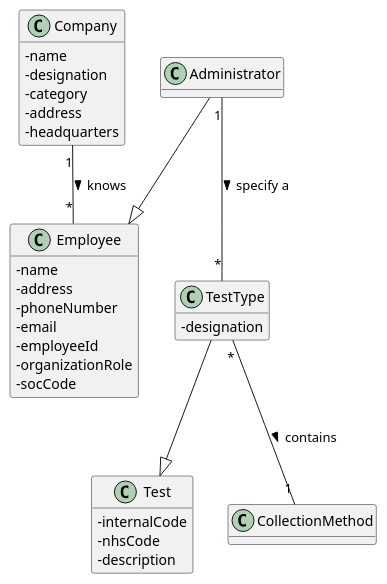
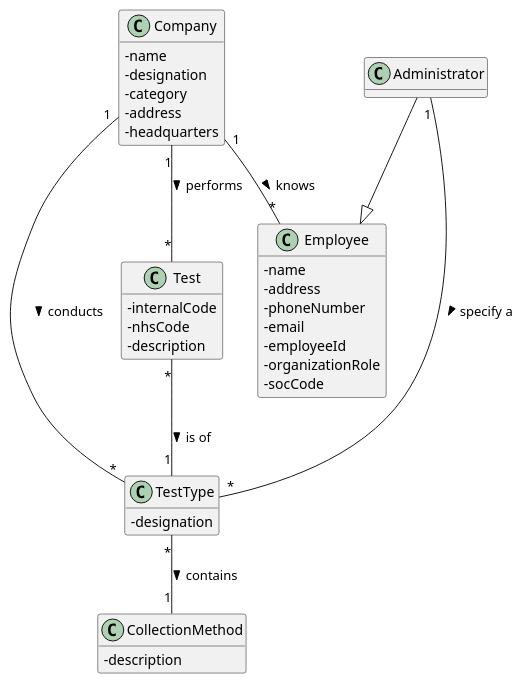
One commit to manu-07-ela/LAPR2_ISEP changed the diagram in docs/SprintB/US09/US09_DM.puml. Above: the diagram before and after it, drawn with PlantUML. The commit also changed 3 other files, not shown here.

```diff
--- a/docs/SprintB/US09/US09_DM.puml
+++ b/docs/SprintB/US09/US09_DM.puml
@@ -1,48 +1,51 @@
 @startuml
 hide methods
 'left to right direction
 skinparam classAttributeIconSize 0
 
 class Company{
 -name
 -designation
 -category
 -address
 -headquarters
 }
 
 class Employee{
 -name
 -address
 -phoneNumber
 -email
 -employeeId
 -organizationRole
 -socCode
 }
 
 class Administrator{
 }
 
 class Test{
 -internalCode
 -nhsCode
 -description
 }
 
 class TestType{
 -designation
 }
 
 class CollectionMethod{
+-description
 }
 
 
 Company "1"--"*" Employee : knows >
+Company "1"--"*" TestType : conducts >
+Company "1"--"*" Test: performs >
 Administrator --|> Employee
 Administrator "1"--"*" TestType : specify a >
-TestType --|> Test
+Test "*"--"1" TestType: is of >
 TestType "*"--"1" CollectionMethod : contains >
 
 
 @enduml
```
